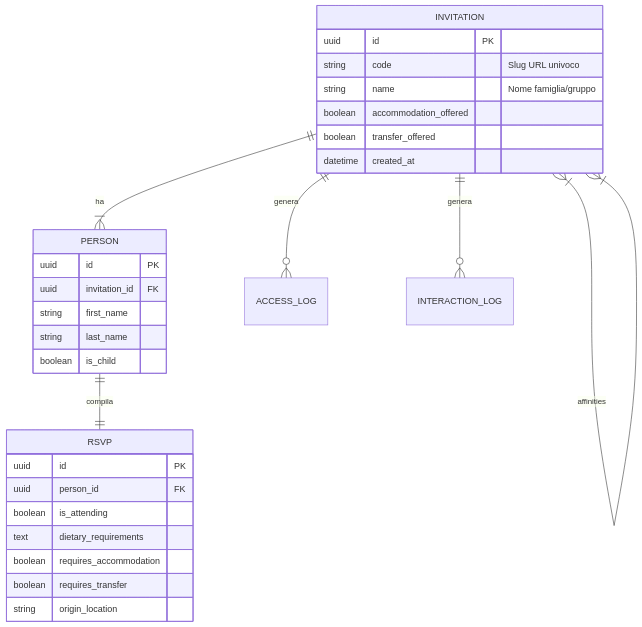
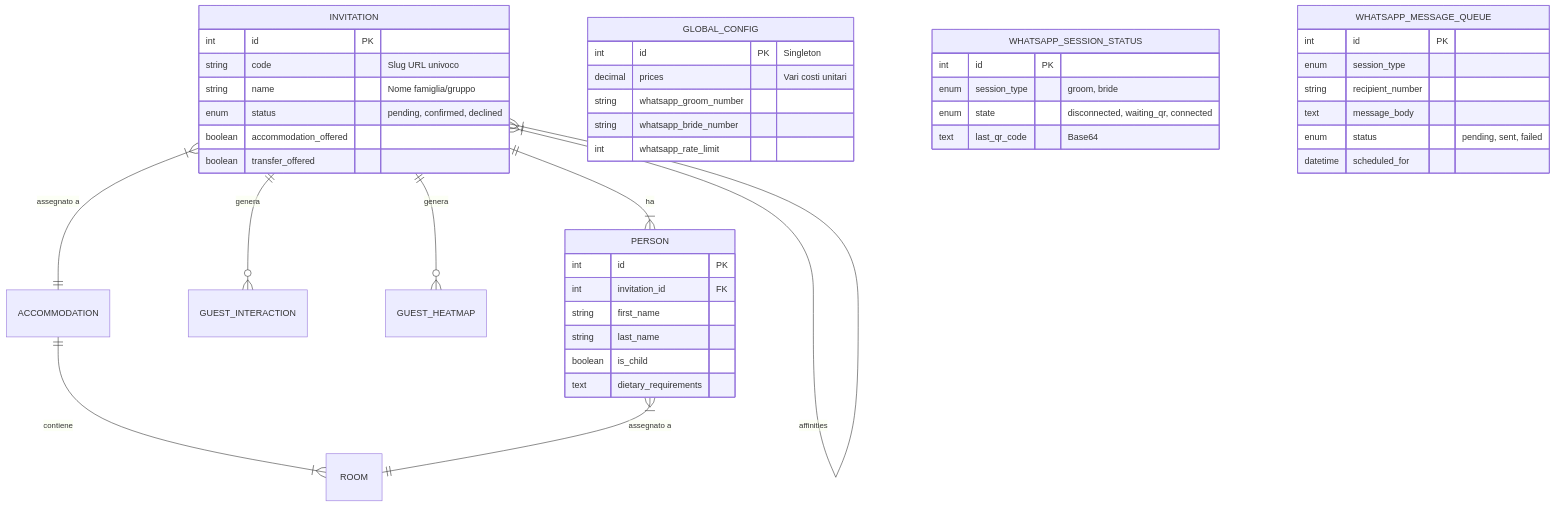
Before and after one commit to nemocrk/my-wedding-app: the diagram in docs/02-DATABASE.md, drawn with Mermaid. The commit also changed other lines of this file, not shown here.

Commit message:
Update database documentation with WhatsApp models and updated schema

````diff
--- a/docs/02-DATABASE.md
+++ b/docs/02-DATABASE.md
@@ -7,35 +7,53 @@
 ```mermaid
 erDiagram
     INVITATION ||--|{ PERSON : "ha"
-    INVITATION ||--o{ ACCESS_LOG : "genera"
-    INVITATION ||--o{ INTERACTION_LOG : "genera"
-    PERSON ||--|| RSVP : "compila"
+    INVITATION ||--o{ GUEST_INTERACTION : "genera"
+    INVITATION ||--o{ GUEST_HEATMAP : "genera"
     INVITATION }|--|{ INVITATION : "affinities"
+    
+    ACCOMMODATION ||--|{ ROOM : "contiene"
+    INVITATION }|--|| ACCOMMODATION : "assegnato a"
+    PERSON }|--|| ROOM : "assegnato a"
 
     INVITATION {
-        uuid id PK
+        int id PK
         string code "Slug URL univoco"
         string name "Nome famiglia/gruppo"
+        enum status "pending, confirmed, declined"
         boolean accommodation_offered
         boolean transfer_offered
-        datetime created_at
     }
 
     PERSON {
-        uuid id PK
-        uuid invitation_id FK
+        int id PK
+        int invitation_id FK
         string first_name
         string last_name
         boolean is_child
+        text dietary_requirements
     }
 
-    RSVP {
-        uuid id PK
-        uuid person_id FK
-        boolean is_attending
-        text dietary_requirements
-        boolean requires_accommodation
-        boolean requires_transfer
-        string origin_location
+    GLOBAL_CONFIG {
+        int id PK "Singleton"
+        decimal prices "Vari costi unitari"
+        string whatsapp_groom_number
+        string whatsapp_bride_number
+        int whatsapp_rate_limit
+    }
+
+    WHATSAPP_SESSION_STATUS {
+        int id PK
+        enum session_type "groom, bride"
+        enum state "disconnected, waiting_qr, connected"
+        text last_qr_code "Base64"
+    }
+
+    WHATSAPP_MESSAGE_QUEUE {
+        int id PK
+        enum session_type
+        string recipient_number
+        text message_body
+        enum status "pending, sent, failed"
+        datetime scheduled_for
     }
 ```
````
